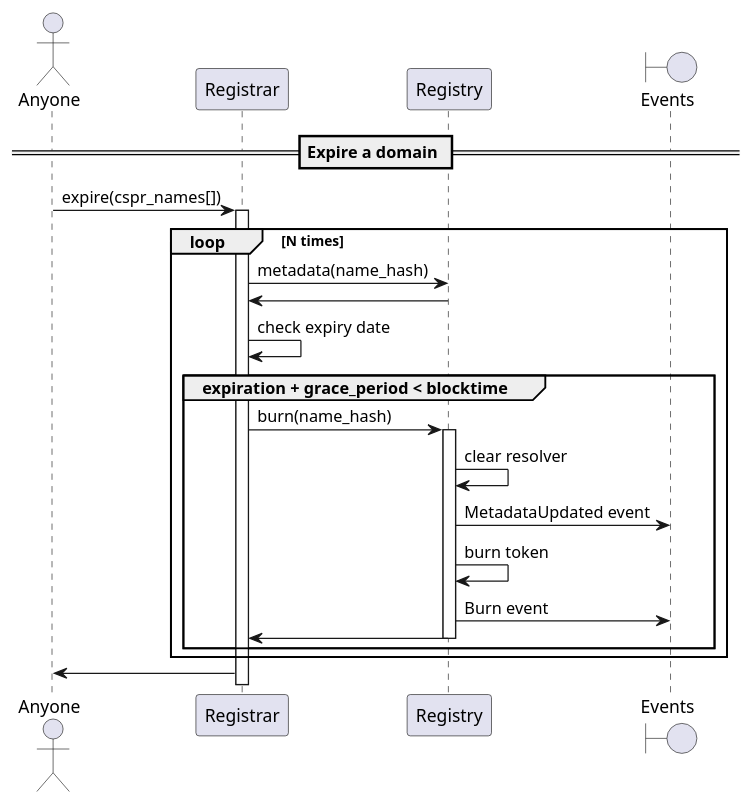
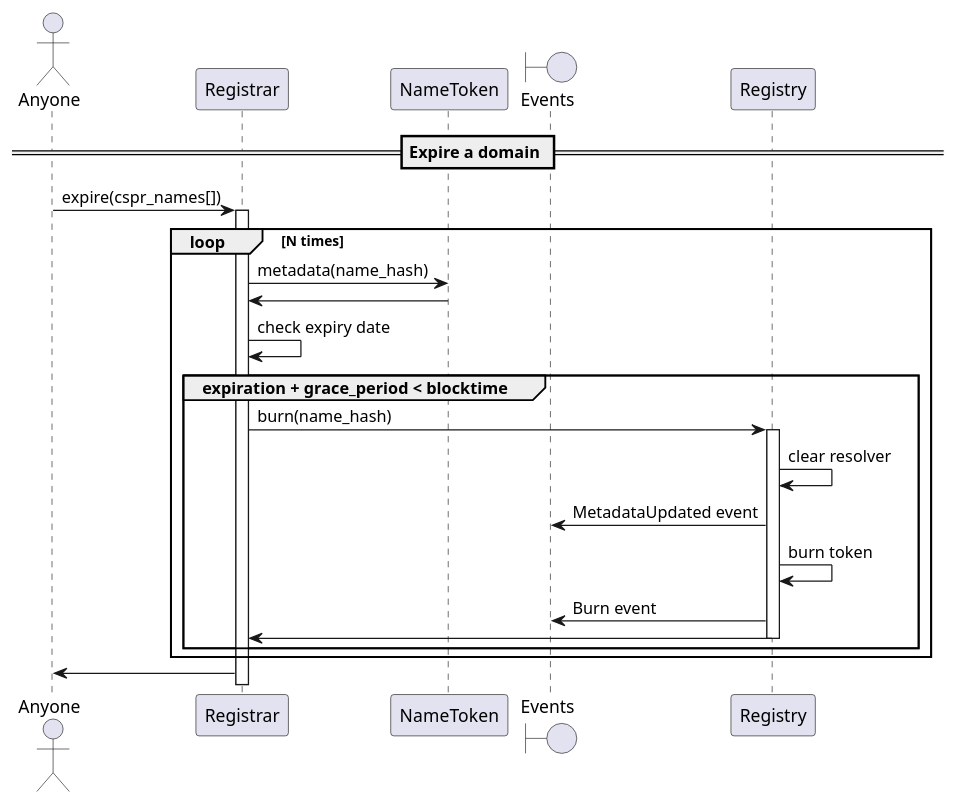
The diagram in docs/sequence-diagrams/puml/expire-domain.puml (make-software/cspr-name-contracts), drawn with PlantUML before and after one commit. The commit also changed 13 other files, not shown here.

Commit message:
Renamed Registry contract with NameToken in the sequence diagrams.

```diff
--- a/docs/sequence-diagrams/puml/expire-domain.puml
+++ b/docs/sequence-diagrams/puml/expire-domain.puml
@@ -1,32 +1,32 @@
 @startuml
 'https://plantuml.com/sequence-diagram
 
 'autonumber
 actor "Anyone"
 participant "Registrar"
-participant "Registry"
+participant "NameToken"
 boundary "Events"
 
 == Expire a domain ==
 
 "Anyone" -> "Registrar": expire(cspr_names[])
 activate Registrar
 loop N times
-    Registrar -> Registry: metadata(name_hash)
-    Registry -> Registrar
+    Registrar -> NameToken: metadata(name_hash)
+    NameToken -> Registrar
     Registrar -> Registrar: check expiry date
     group expiration + grace_period < blocktime
         Registrar -> Registry: burn(name_hash)
         activate Registry
         Registry -> Registry: clear resolver
         Registry -> "Events": MetadataUpdated event
         Registry -> Registry: burn token
         Registry -> "Events": Burn event
         Registry -> Registrar
         deactivate Registry
     end
 end
 
 Registrar -> "Anyone"
 
 @enduml
```
